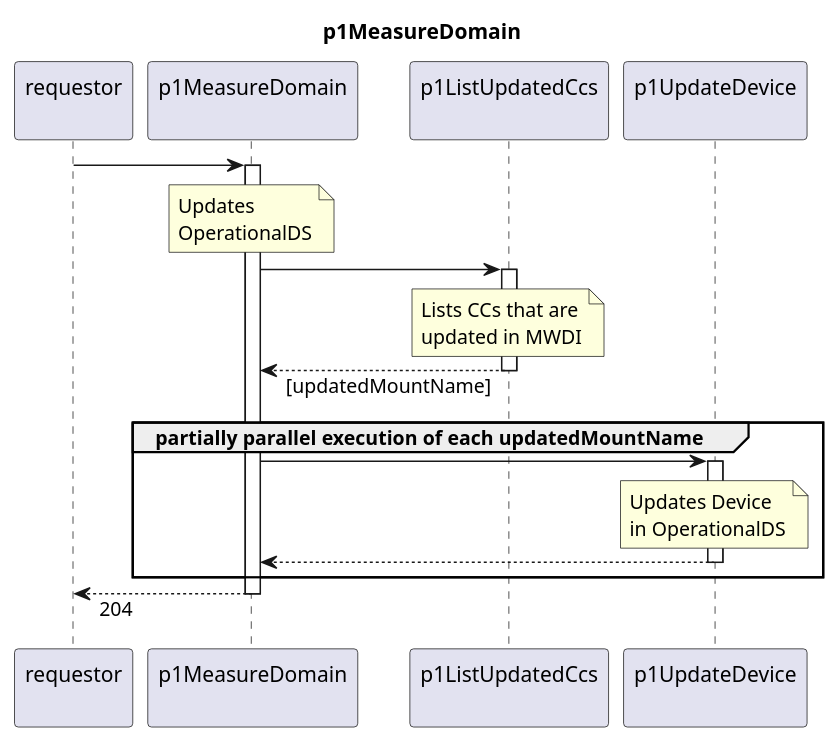
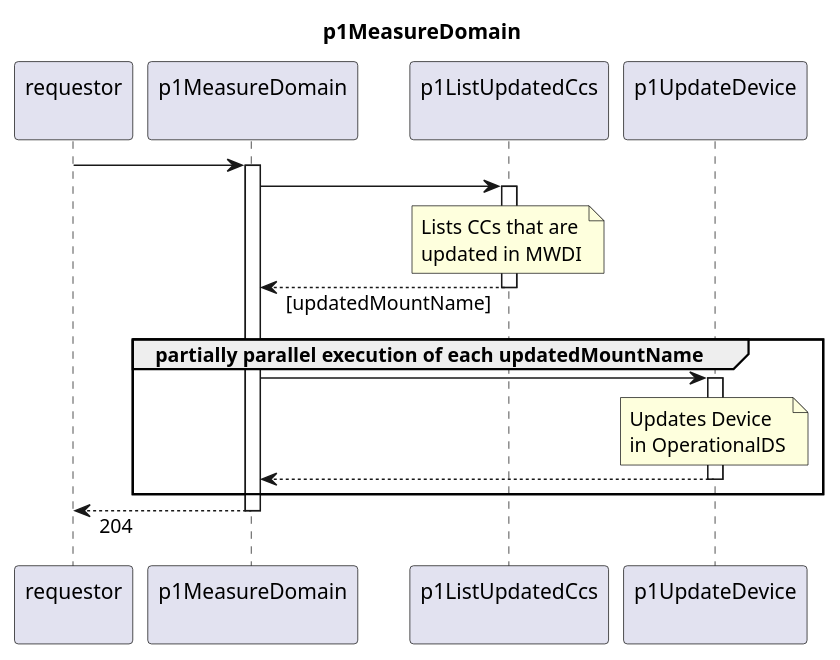
One commit to openBackhaul/FirmWareManager changed the diagram in spec/Functions/Measurement/p1MeasureDomain/1.0.0/p1MeasureDomain.plantuml. Above: the diagram before and after it, drawn with PlantUML. The commit also changed 16 other files, not shown here.

```diff
--- a/spec/Functions/Measurement/p1MeasureDomain/1.0.0/p1MeasureDomain.plantuml
+++ b/spec/Functions/Measurement/p1MeasureDomain/1.0.0/p1MeasureDomain.plantuml
@@ -1,44 +1,40 @@
 @startuml p1MeasureDomain
 skinparam responseMessageBelowArrow true
 
 title
   p1MeasureDomain
 end title
 
 participant "requestor\n" as requestor
 participant "p1MeasureDomain\n" as indServ
 participant "p1ListUpdatedCcs\n" as listCcs
 participant "p1UpdateDevice\n" as updateCc
 
 requestor -> indServ
 activate indServ
-  note over indServ
-    Updates
-    OperationalDS
-  end note
 
   indServ -> listCcs
   activate listCcs
     note over listCcs
       Lists CCs that are
       updated in MWDI
     end note
   indServ <-- listCcs: [updatedMountName]
   deactivate listCcs
 
   group partially parallel execution of each updatedMountName
     indServ -> updateCc
     activate updateCc
       note over updateCc
         Updates Device
         in OperationalDS
       end note
 
     indServ <-- updateCc
     deactivate updateCc
   end group updatedMountNames
 
 requestor <-- indServ: 204
 deactivate indServ
 
 @enduml
```
